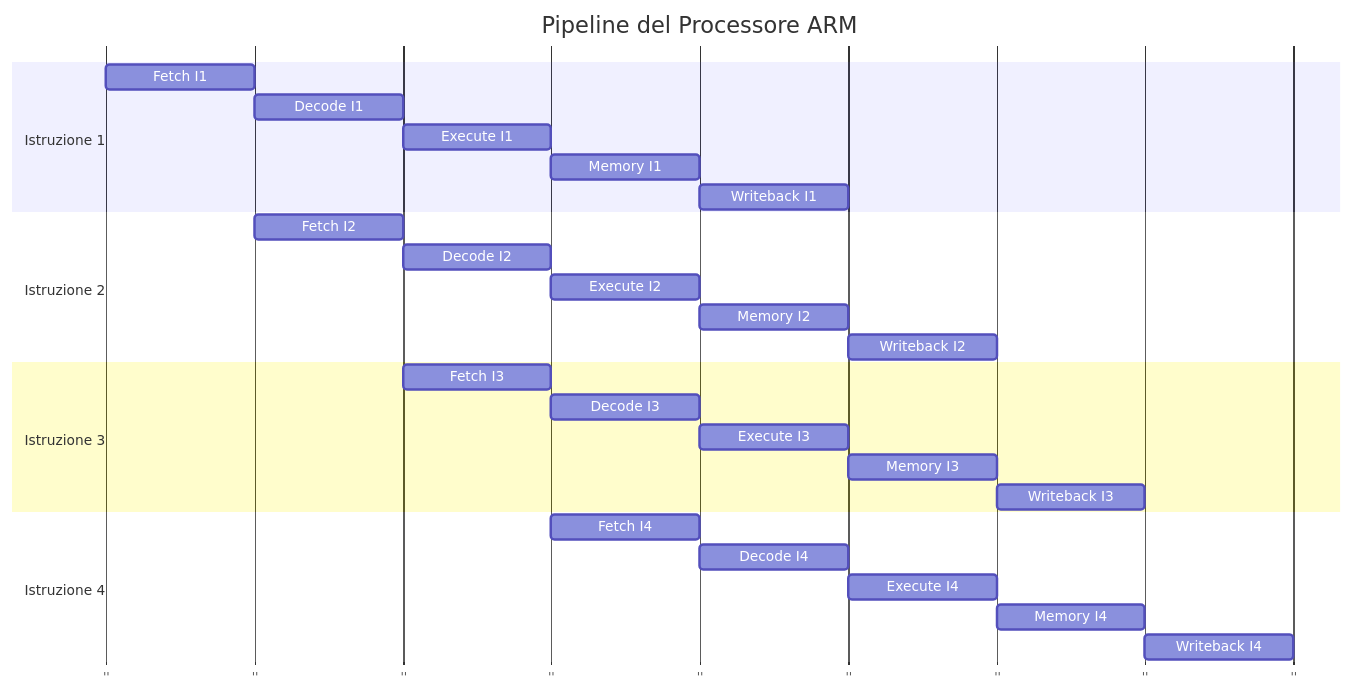
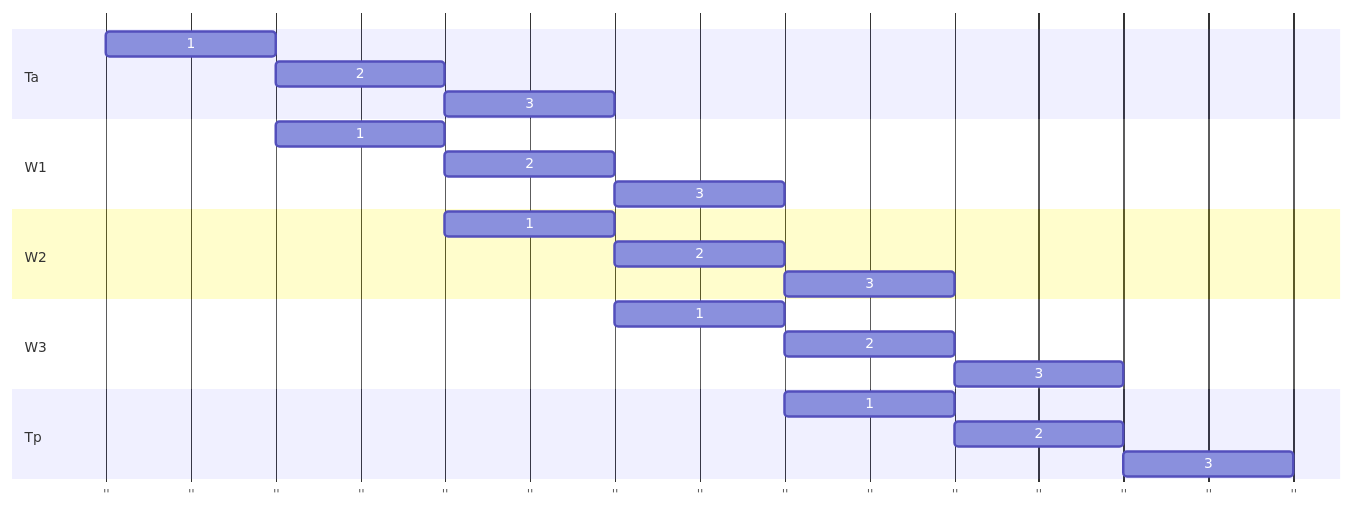
The eighth of 8 diagrams in readme.md (Firi0n/appunti-AESO), drawn with Mermaid before and after one commit. The commit also changed other lines of this file, not shown here.

````diff
--- a/readme.md
+++ b/readme.md
@@ -1161,34 +1203,26 @@
 ```mermaid
 gantt
-    title Pipeline del Processore ARM
     dateFormat  s
     axisFormat  ''
 
-    section Istruzione 1
-    Fetch I1            : 1, 1s
-    Decode I1           : 2, 1s
-    Execute I1          : 3, 1s
-    Memory I1           : 4, 1s
-    Writeback I1        : 5, 1s
-
-    section Istruzione 2
-    Fetch I2            : 2, 1s
-    Decode I2           : 3, 1s
-    Execute I2          : 4, 1s
-    Memory I2           : 5, 1s
-    Writeback I2        : 6, 1s
-
-    section Istruzione 3
-    Fetch I3            : 3, 1s
-    Decode I3           : 4, 1s
-    Execute I3          : 5, 1s
-    Memory I3           : 6, 1s
-    Writeback I3        : 7, 1s
-
-    section Istruzione 4
-    Fetch I4            : 4, 1s
-    Decode I4           : 5, 1s
-    Execute I4          : 6, 1s
-    Memory I4           : 7, 1s
-    Writeback I4        : 8, 1s
+    section Ta
+    1 : 1,1s
+    2 : 2,1s
+    3 : 3,1s
+    section W1
+    1 : 2,1s
+    2 : 3,1s
+    3 : 4,1s
+    section W2
+    1 : 3,1s
+    2 : 4,1s
+    3 : 5,1s
+    section W3
+    1 : 4,1s
+    2 : 5,1s
+    3 : 6,1s
+    section Tp
+    1 : 5,1s
+    2 : 6,1s
+    3 : 7,1s
 ```
````
